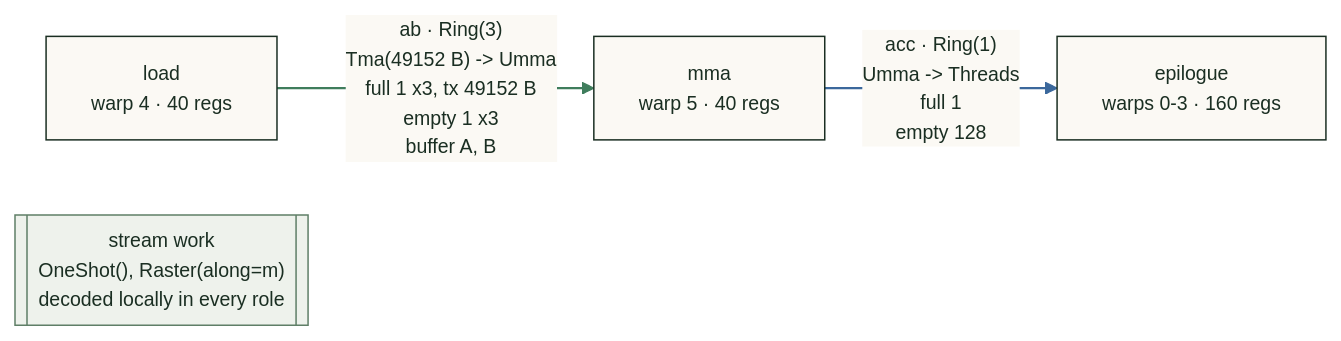
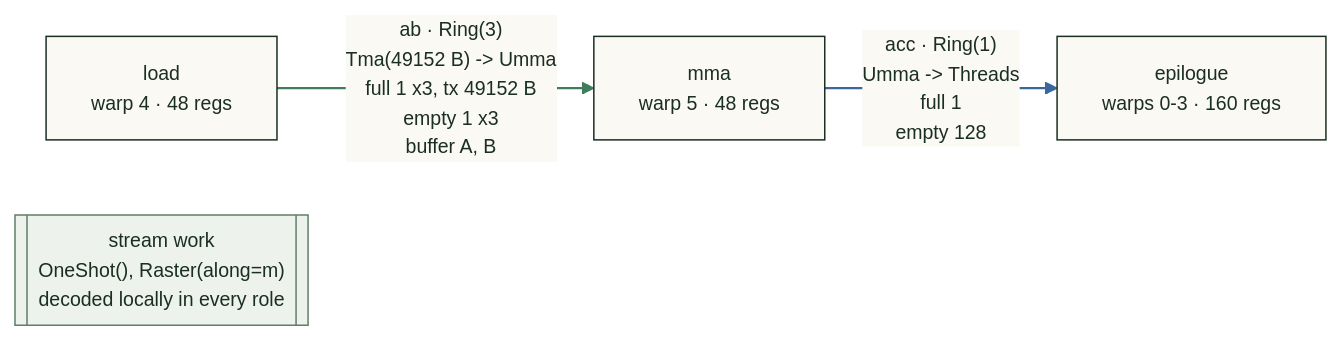
Before and after one commit to meta-pytorch/attention-gym: the first of 3 diagrams in docs/warpdrive/tracing.md, drawn with Mermaid. The commit also changed 14 other files, not shown here.

````diff
--- a/docs/warpdrive/tracing.md
+++ b/docs/warpdrive/tracing.md
@@ -162,17 +162,17 @@
 ```mermaid
 %%{init: {"theme": "base", "flowchart": {"wrappingWidth": 400, "curve": "basis"}, "themeVariables": {"fontSize": "13px", "lineColor": "#6a7a6e", "edgeLabelBackground": "#fbf9f4", "primaryColor": "#fbf9f4", "primaryBorderColor": "#1a2e22", "primaryTextColor": "#1a2e22"}}}%%
 %% Gemm: 8 warps, single CTA, tcgen05 CtaGroup.ONE
 flowchart LR
   role_epilogue["epilogue<br>warps 0-3 · 160 regs"]
-  role_load["load<br>warp 4 · 40 regs"]
-  role_mma["mma<br>warp 5 · 40 regs"]
+  role_load["load<br>warp 4 · 48 regs"]
+  role_mma["mma<br>warp 5 · 48 regs"]
   stream_work[["stream work<br>OneShot(), Raster(along=m)<br>decoded locally in every role"]]
   role_load -->|"ab · Ring(3)<br>Tma(49152 B) -#gt; Umma<br>full 1 x3, tx 49152 B<br>empty 1 x3<br>buffer A, B"| role_mma
   role_mma -->|"acc · Ring(1)<br>Umma -#gt; Threads<br>full 1<br>empty 128"| role_epilogue
   classDef role fill:#fbf9f4,stroke:#1a2e22,color:#1a2e22
   class role_epilogue,role_load,role_mma role
   classDef stream fill:#eef2ec,stroke:#5f7f67,color:#1a2e22
   class stream_work stream
   linkStyle 0 stroke:#3f7d5c,stroke-width:1.6px
   linkStyle 1 stroke:#3b689c,stroke-width:1.6px
 ```
````
